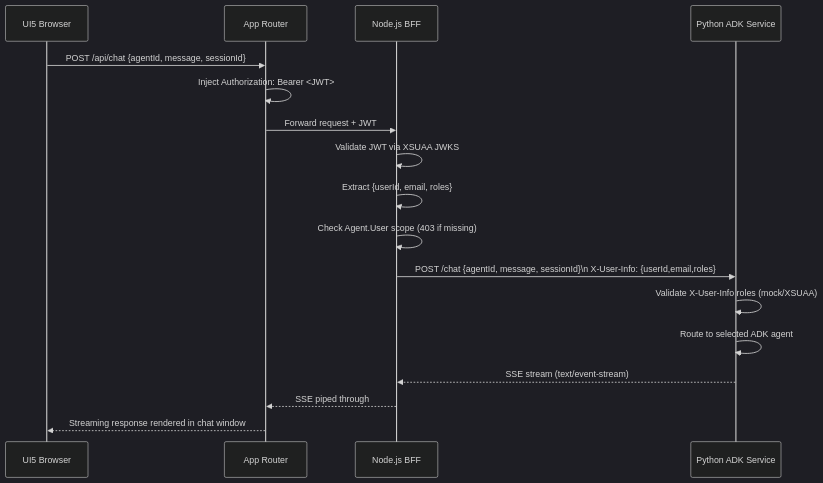
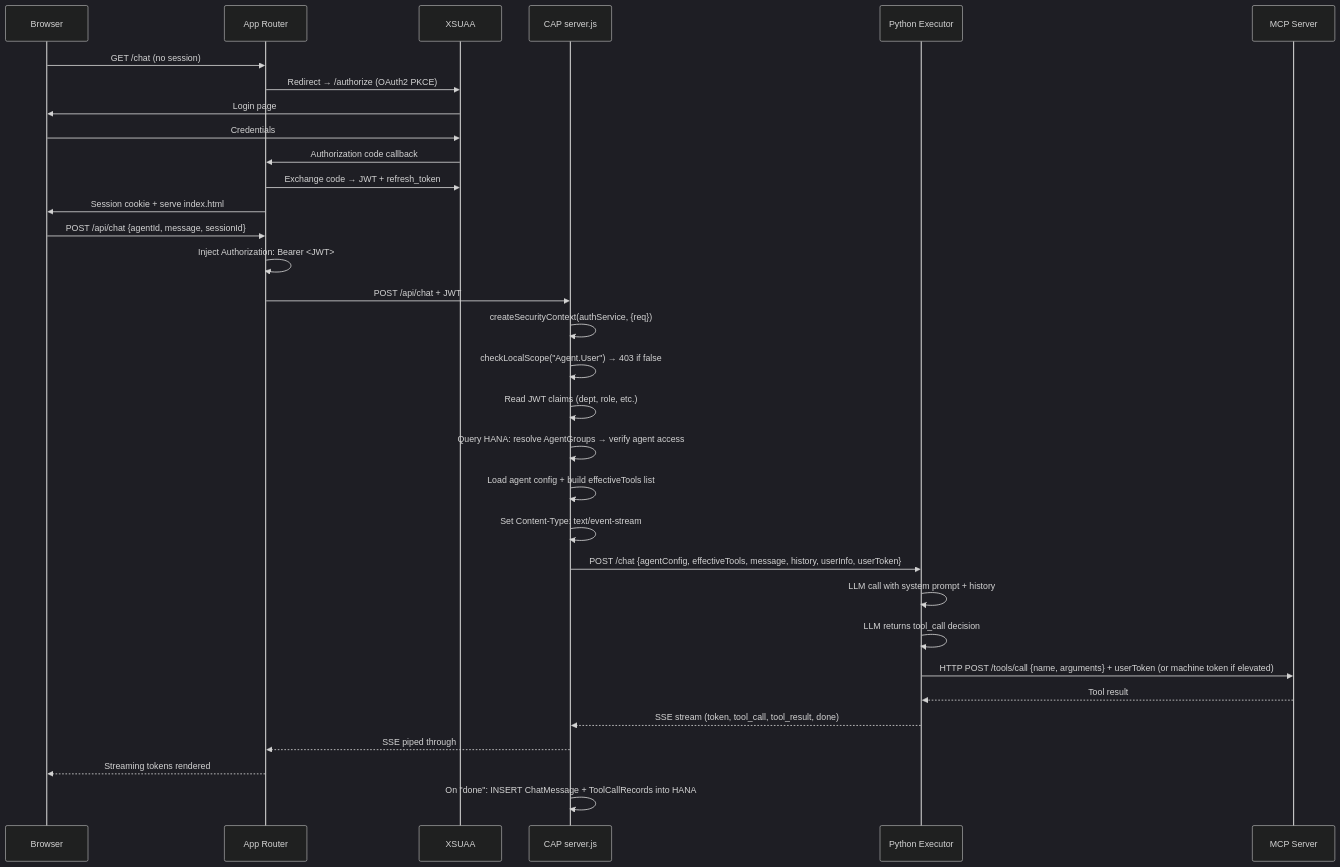
One commit to Navdeep-Davang/fiori-agent-platform changed the diagram in doc/Architecture/fiori-agent-platform.md. Above: the diagram before and after it, drawn with Mermaid (dark theme). The commit also changed other lines of this file and 5 other files, not shown here.

First line of the commit message:
docs(scaffold): finalize architecture and implement multi-phase action plans

````diff
--- a/doc/Architecture/fiori-agent-platform.md
+++ b/doc/Architecture/fiori-agent-platform.md
@@ -128,22 +482,41 @@
 ```mermaid
 sequenceDiagram
-    participant Browser as UI5 Browser
+    participant Browser
     participant AppRouter as App Router
-    participant BFF as Node.js BFF
-    participant Python as Python ADK Service
+    participant XSUAA
+    participant CAP as CAP server.js
+    participant Python as Python Executor
+    participant MCP as MCP Server
 
+    %% ── First visit ────────────────────────────────────────────────────────
+    Browser->>AppRouter: GET /chat (no session)
+    AppRouter->>XSUAA: Redirect → /authorize (OAuth2 PKCE)
+    XSUAA->>Browser: Login page
+    Browser->>XSUAA: Credentials
+    XSUAA->>AppRouter: Authorization code callback
+    AppRouter->>XSUAA: Exchange code → JWT + refresh_token
+    AppRouter->>Browser: Session cookie + serve index.html
+
+    %% ── Chat request ───────────────────────────────────────────────────────
     Browser->>AppRouter: POST /api/chat {agentId, message, sessionId}
     AppRouter->>AppRouter: Inject Authorization: Bearer <JWT>
-    AppRouter->>BFF: Forward request + JWT
+    AppRouter->>CAP: POST /api/chat + JWT
 
-    BFF->>BFF: Validate JWT via XSUAA JWKS
-    BFF->>BFF: Extract {userId, email, roles}
-    BFF->>BFF: Check Agent.User scope (403 if missing)
+    CAP->>CAP: createSecurityContext(authService, {req})
+    CAP->>CAP: checkLocalScope("Agent.User") → 403 if false
+    CAP->>CAP: Read JWT claims (dept, role, etc.)
+    CAP->>CAP: Query HANA: resolve AgentGroups → verify agent access
+    CAP->>CAP: Load agent config + build effectiveTools list
+    CAP->>CAP: Set Content-Type: text/event-stream
 
-    BFF->>Python: POST /chat {agentId, message, sessionId}\n  X-User-Info: {userId,email,roles}
-    Python->>Python: Validate X-User-Info roles (mock/XSUAA)
-    Python->>Python: Route to selected ADK agent
-    Python-->>BFF: SSE stream (text/event-stream)
-    BFF-->>AppRouter: SSE piped through
-    AppRouter-->>Browser: Streaming response rendered in chat window
+    CAP->>Python: POST /chat {agentConfig, effectiveTools, message, history, userInfo, userToken}
+    Python->>Python: LLM call with system prompt + history
+    Python->>Python: LLM returns tool_call decision
+    Python->>MCP: HTTP POST /tools/call {name, arguments} + userToken (or machine token if elevated)
+    MCP-->>Python: Tool result
+    Python-->>CAP: SSE stream (token, tool_call, tool_result, done)
+    CAP-->>AppRouter: SSE piped through
+    AppRouter-->>Browser: Streaming tokens rendered
+
+    CAP->>CAP: On "done": INSERT ChatMessage + ToolCallRecords into HANA
 ```
````
